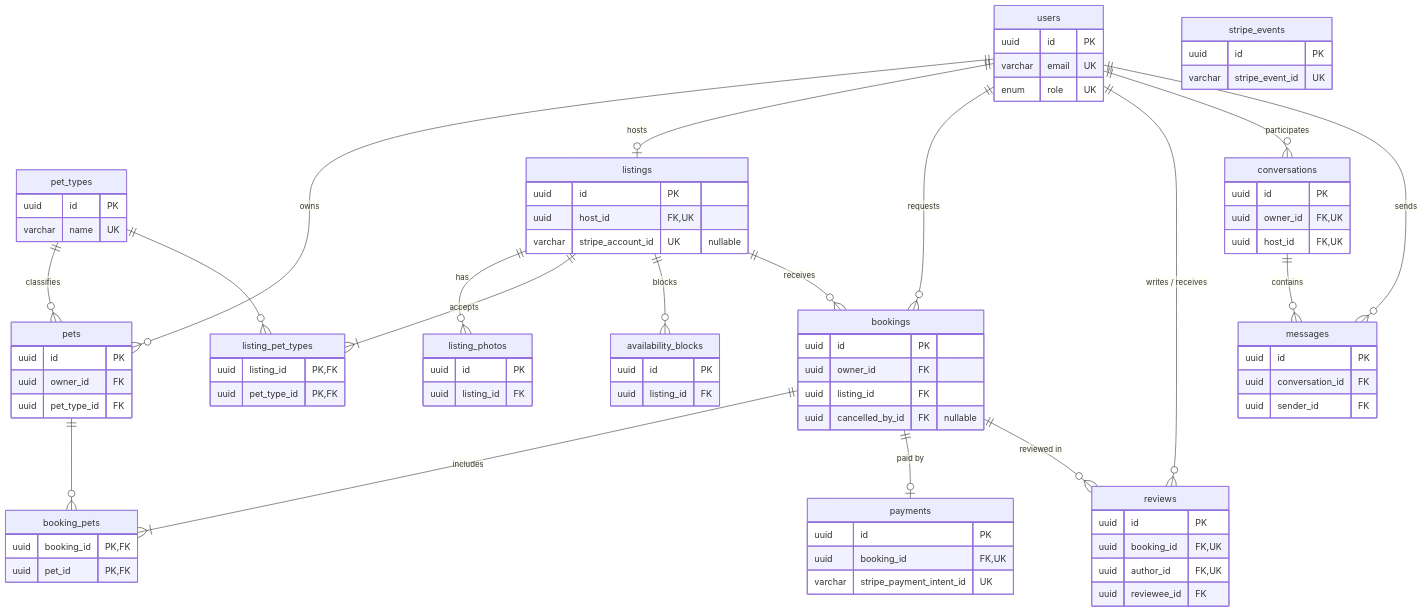
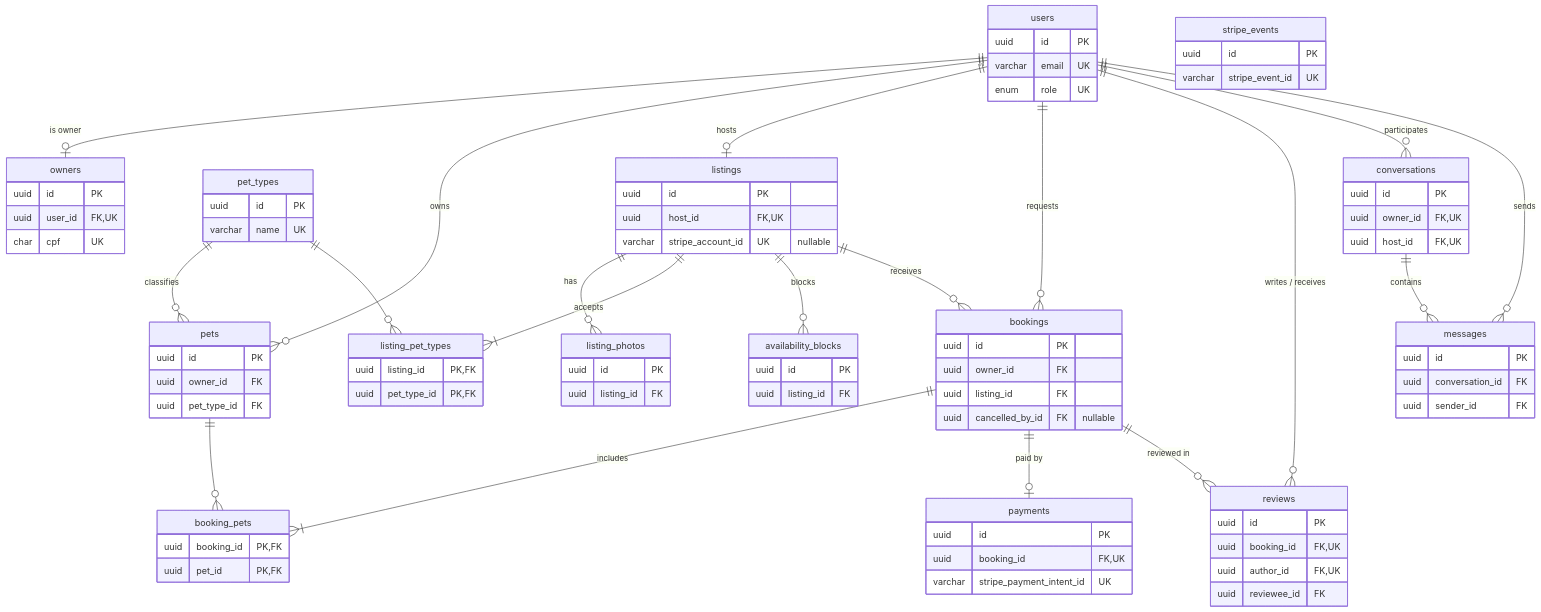
Before and after one commit to Olival42/pethost_backend: the diagram in docs/escopo-mvp.md, drawn with Mermaid. The commit also changed other lines of this file and 191 other files, not shown here.

````diff
--- a/docs/escopo-mvp.md
+++ b/docs/escopo-mvp.md
@@ -200,5 +201,6 @@
 ```mermaid
 erDiagram
+    users ||--o| owners : "is owner"
     users ||--o{ pets : "owns"
     pet_types ||--o{ pets : "classifies"
     users ||--o| listings : "hosts"
@@ -220,6 +222,11 @@
         uuid id PK
         varchar email UK
         enum role UK
+    }
+    owners {
+        uuid id PK
+        uuid user_id FK, UK
+        char cpf UK
     }
     pet_types {
         uuid id PK
````
